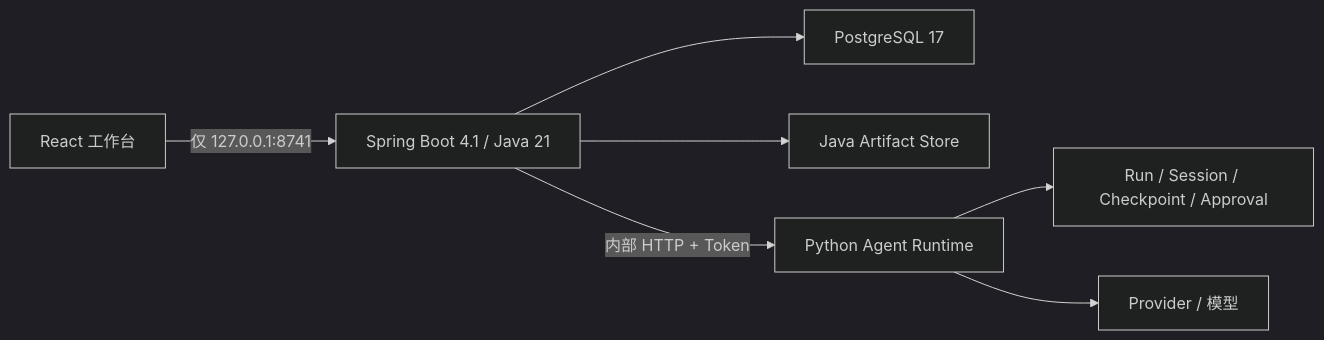
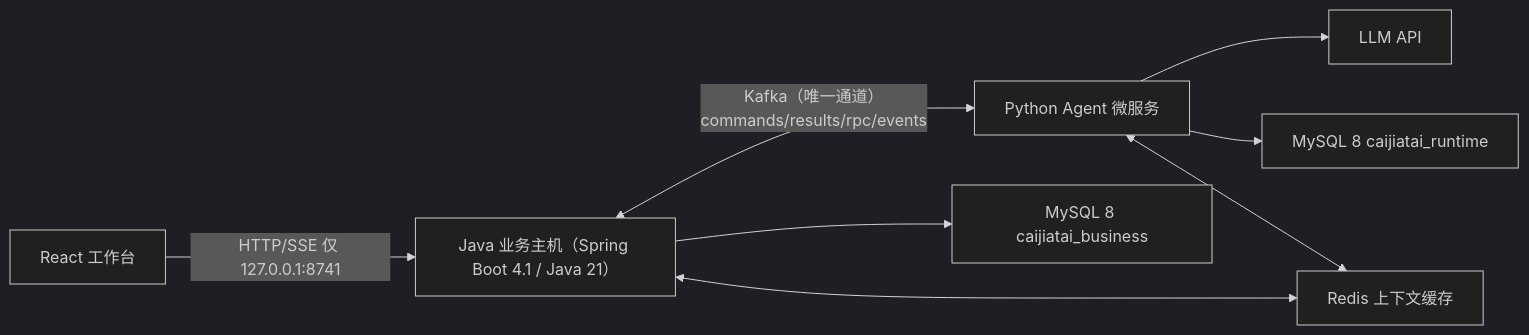
One commit to zxl666ab-sketch/agentharness changed the diagram in README.md. Above: the diagram before and after it, drawn with Mermaid (dark theme). The commit also changed other lines of this file and 23 other files, not shown here.

Commit message:
feat: Step 4 - 5-service Compose (MySQL/Redis/Kafka/agent/procurement), SASL overlay, CI java+web jobs, docs sync, versions 0.5.0, Redis context cache, frozen evaluation re-verified

````diff
--- a/README.md
+++ b/README.md
@@ -23,9 +23,10 @@
 ```mermaid
 flowchart LR
-    Browser["React 工作台"] -->|"仅 127.0.0.1:8741"| Java["Spring Boot 4.1 / Java 21"]
-    Java --> PG["PostgreSQL 17"]
-    Java --> Store["Java Artifact Store"]
-    Java -->|"内部 HTTP + Token"| Agent["Python Agent Runtime"]
-    Agent --> Runtime["Run / Session / Checkpoint / Approval"]
-    Agent --> Provider["Provider / 模型"]
+    Browser["React 工作台"] -->|"HTTP/SSE 仅 127.0.0.1:8741"| Java["Java 业务主机（Spring Boot 4.1 / Java 21）"]
+    Java <-->|"Kafka（唯一通道）commands/results/rpc/events"| Agent["Python Agent 微服务"]
+    Agent --> Provider["LLM API"]
+    Java --> MySQL["MySQL 8 caijiatai_business"]
+    Agent --> RuntimeDB["MySQL 8 caijiatai_runtime"]
+    Java <--> Redis["Redis 上下文缓存"]
+    Agent <--> Redis
 ```
````
